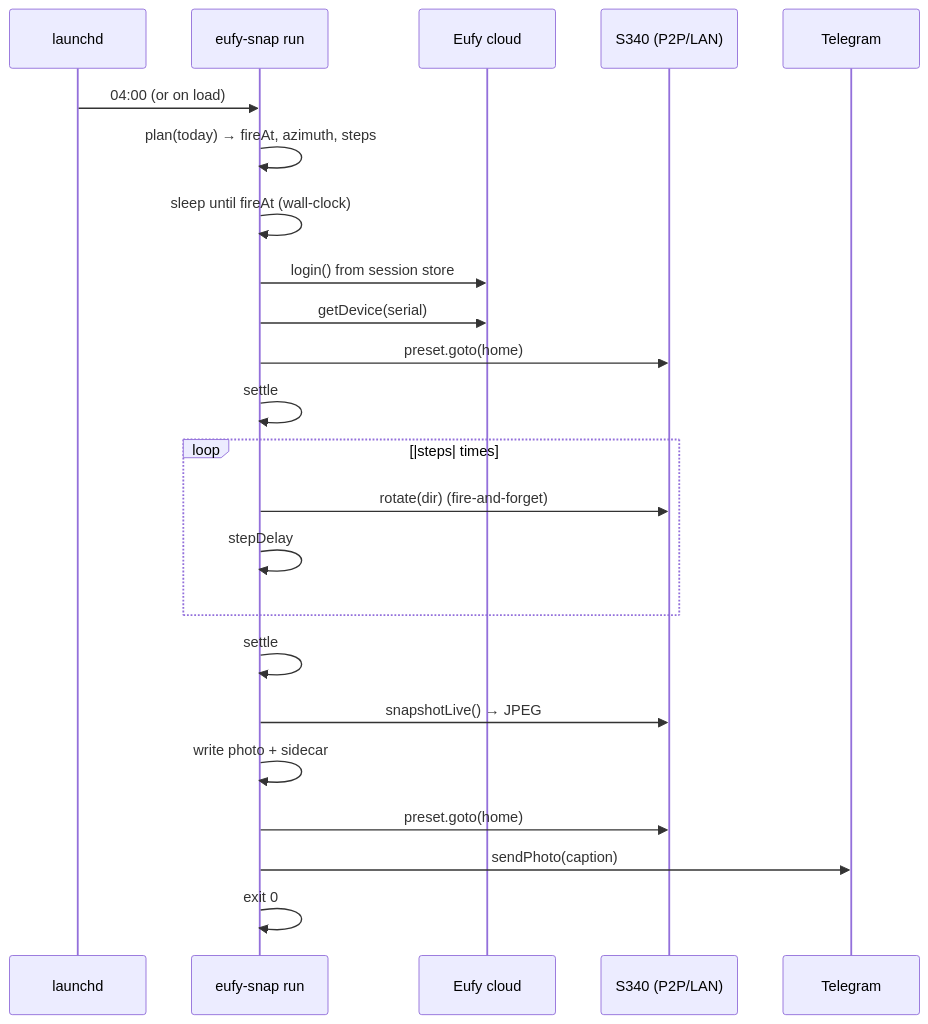
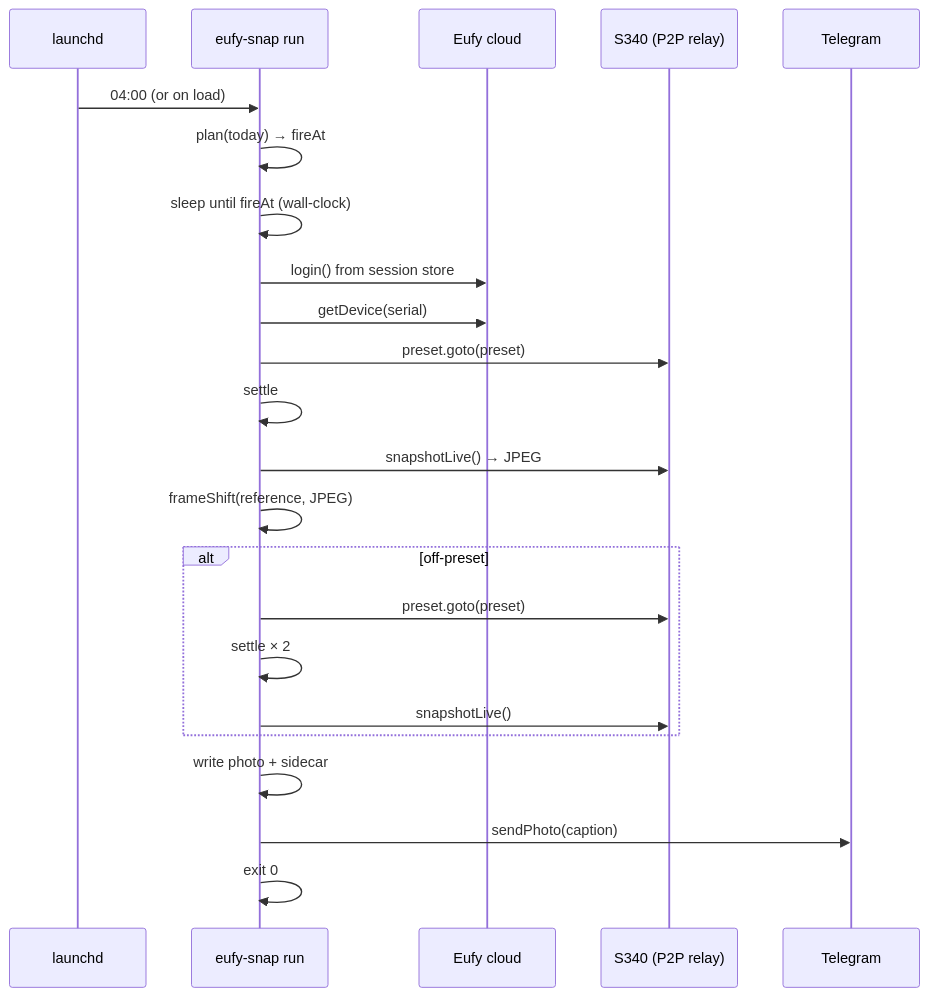
Before and after one commit to atiannicelli/eufy-snap: the second of 2 diagrams in docs/DESIGN.md, drawn with Mermaid. The commit also changed other lines of this file and 9 other files, not shown here.

First line of the commit message:
Spike: sweep command, frame comparator, design v0.3 (fixed preset)

````diff
--- a/docs/DESIGN.md
+++ b/docs/DESIGN.md
@@ -81,26 +85,26 @@
 ```mermaid
 sequenceDiagram
     participant L as launchd
     participant R as eufy-snap run
     participant C as Eufy cloud
-    participant K as S340 (P2P/LAN)
+    participant K as S340 (P2P relay)
     participant T as Telegram
 
     L->>R: 04:00 (or on load)
-    R->>R: plan(today) → fireAt, azimuth, steps
+    R->>R: plan(today) → fireAt
     R->>R: sleep until fireAt (wall-clock)
     R->>C: login() from session store
     R->>C: getDevice(serial)
-    R->>K: preset.goto(home)
+    R->>K: preset.goto(preset)
     R->>R: settle
-    loop |steps| times
-        R->>K: rotate(dir)   (fire-and-forget)
-        R->>R: stepDelay
+    R->>K: snapshotLive() → JPEG
+    R->>R: frameShift(reference, JPEG)
+    alt off-preset
+        R->>K: preset.goto(preset)
+        R->>R: settle × 2
+        R->>K: snapshotLive()
     end
-    R->>R: settle
-    R->>K: snapshotLive()  → JPEG
     R->>R: write photo + sidecar
-    R->>K: preset.goto(home)
     R->>T: sendPhoto(caption)
     R->>R: exit 0
 ```
````
